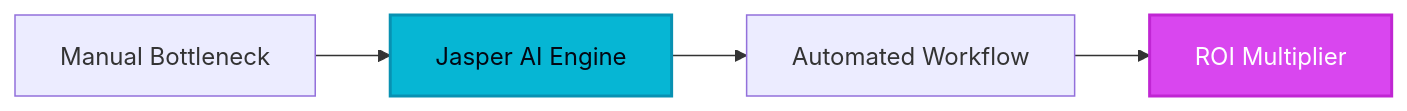
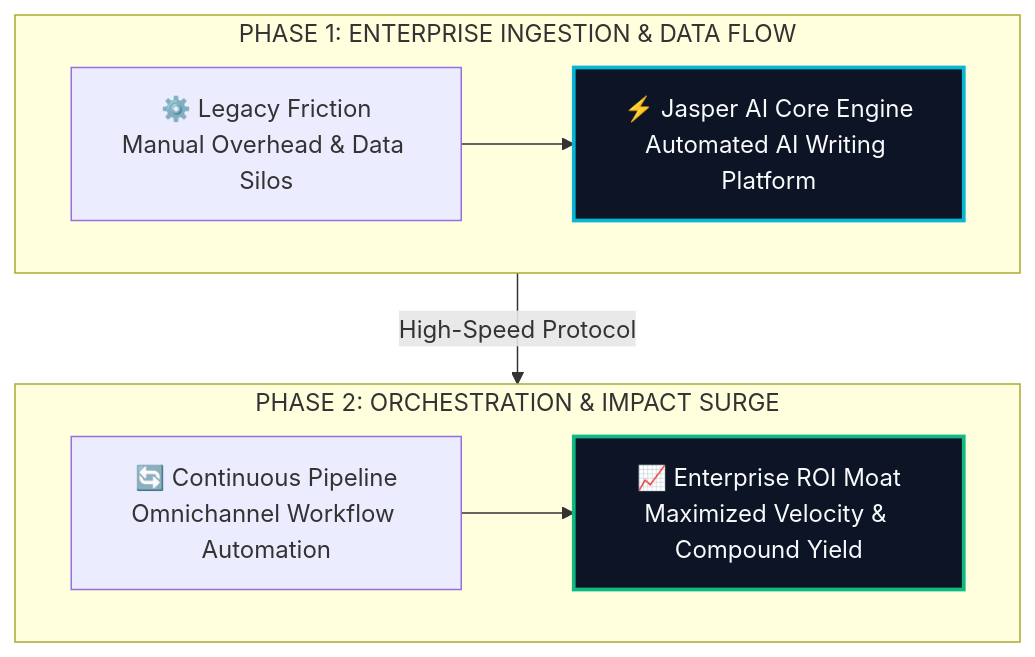
The diagram in site/src/content/blog/jasper-ai-evolution-guide-2026.md (heliatech-media/saas-radar), drawn with Mermaid before and after one commit. The commit also changed 97 other files, not shown here.

First line of the commit message:
feat(diagrams): upgrade all article architecture schemas to high-impact 2-tier responsive vector blueprints

````diff
--- a/site/src/content/blog/jasper-ai-evolution-guide-2026.md
+++ b/site/src/content/blog/jasper-ai-evolution-guide-2026.md
@@ -63,8 +63,14 @@
 ```mermaid
-flowchart LR
-    A[Manual Bottleneck] --> B[Jasper AI Engine]
-    B --> C[Automated Workflow]
-    C --> D[ROI Multiplier]
-    style B fill:#06b6d4,stroke:#0891b2,stroke-width:2px,color:#030712
-    style D fill:#d946ef,stroke:#c026d3,stroke-width:2px,color:#ffffff
+flowchart TD
+    subgraph S1["PHASE 1: ENTERPRISE INGESTION & DATA FLOW"]
+        direction LR
+        A["⚙️ Legacy Friction<br/>Manual Overhead & Data Silos"] --> B["⚡ Jasper AI Core Engine<br/>Automated AI Writing Platform"]
+    end
+    subgraph S2["PHASE 2: ORCHESTRATION & IMPACT SURGE"]
+        direction LR
+        C["🔄 Continuous Pipeline<br/>Omnichannel Workflow Automation"] --> D["📈 Enterprise ROI Moat<br/>Maximized Velocity & Compound Yield"]
+    end
+    S1 -->|High-Speed Protocol| S2
+    style B fill:#0c1425,stroke:#06b6d4,stroke-width:2.5px,color:#f8fafc
+    style D fill:#0c1425,stroke:#10b981,stroke-width:2.5px,color:#f8fafc
 ```
````
